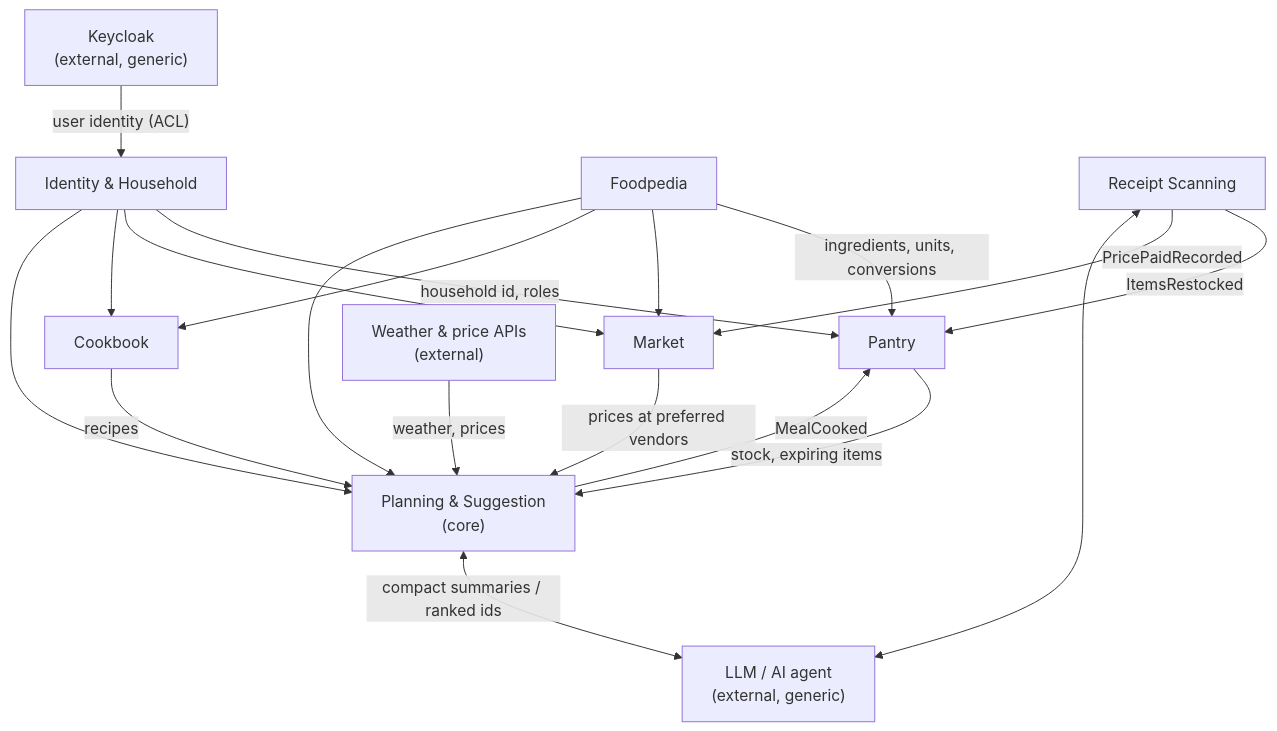
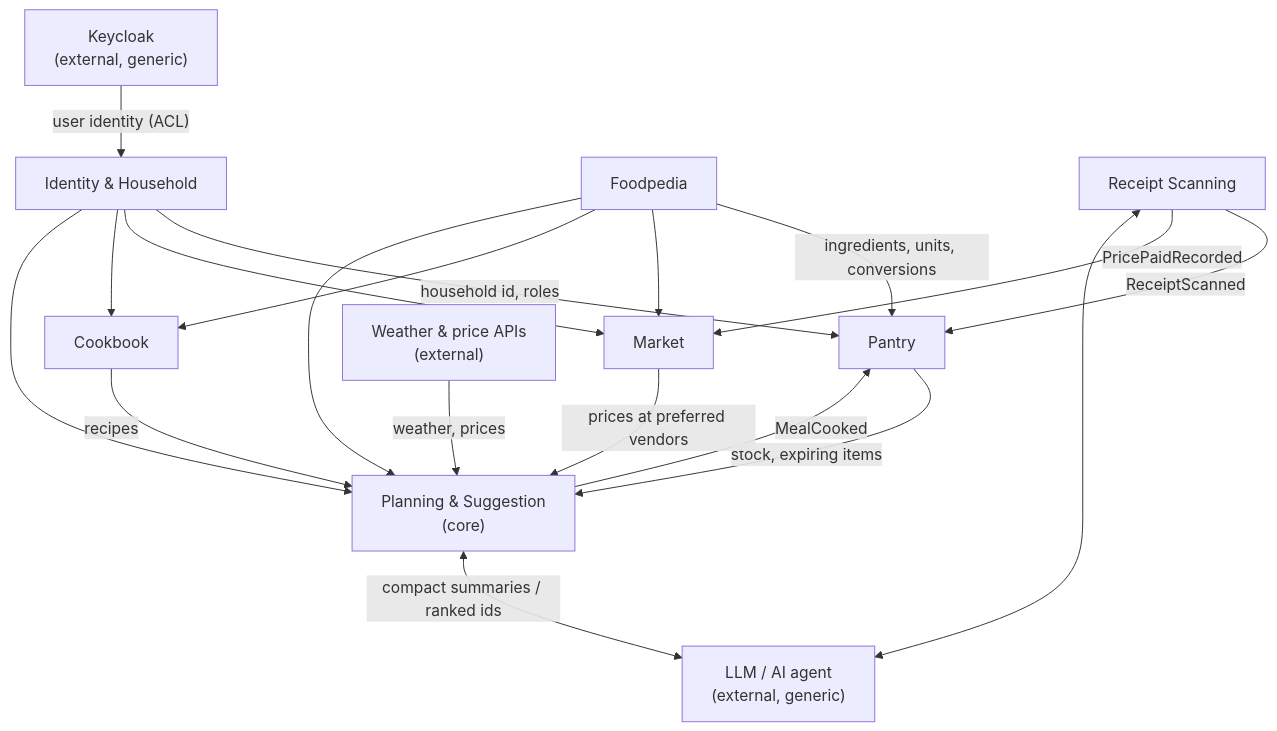
One commit to Raidvahkiin/cooquoi changed the diagram in docs/business/context-map.md. Above: the diagram before and after it, drawn with Mermaid. The commit also changed other lines of this file and 3 other files, not shown here.

````diff
--- a/docs/business/context-map.md
+++ b/docs/business/context-map.md
@@ -21,36 +21,36 @@
 ```mermaid
 flowchart TB
   IDP["Keycloak<br/>(external, generic)"]
   ID["Identity & Household"]
   FP["Foodpedia"]
   PA["Pantry"]
   MK["Market"]
   CB["Cookbook"]
   PS["Planning & Suggestion<br/>(core)"]
   RS["Receipt Scanning"]
   AI["LLM / AI agent<br/>(external, generic)"]
   EXT["Weather & price APIs<br/>(external)"]
 
   IDP -->|"user identity (ACL)"| ID
   ID -->|"household id, roles"| PA
   ID --> MK
   ID --> CB
   ID --> PS
 
   FP -->|"ingredients, units, conversions"| PA
   FP --> MK
   FP --> CB
   FP --> PS
 
   PA -->|"stock, expiring items"| PS
   MK -->|"prices at preferred vendors"| PS
   CB -->|"recipes"| PS
   EXT -->|"weather, prices"| PS
   PS <-->|"compact summaries / ranked ids"| AI
 
-  RS -->|"ItemsRestocked"| PA
+  RS -->|"ReceiptScanned"| PA
   RS -->|"PricePaidRecorded"| MK
   RS <--> AI
 
   PS -->|"MealCooked"| PA
 ```
````
